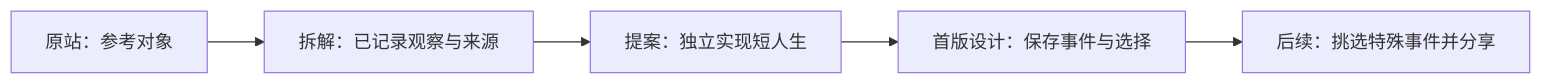
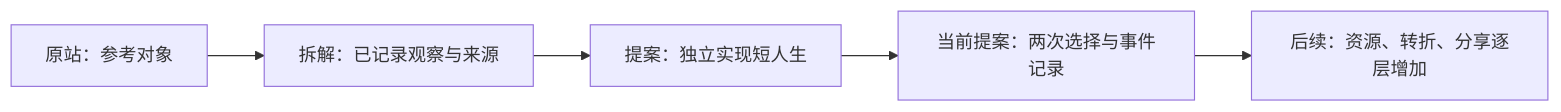
One commit to yuki-uix/life-sim-product-study changed the diagram in README.md. Above: the diagram before and after it, drawn with Mermaid. The commit also changed other lines of this file and 6 other files, not shown here.

````diff
--- a/README.md
+++ b/README.md
@@ -18,7 +19,7 @@
 ```mermaid
 flowchart LR
     A[原站：参考对象] --> B[拆解：已记录观察与来源]
     B --> C[提案：独立实现短人生]
-    C --> D[首版设计：保存事件与选择]
-    D --> E[后续：挑选特殊事件并分享]
+    C --> D[当前提案：两次选择与事件记录]
+    D --> E[后续：资源、转折、分享逐层增加]
 ```
````
